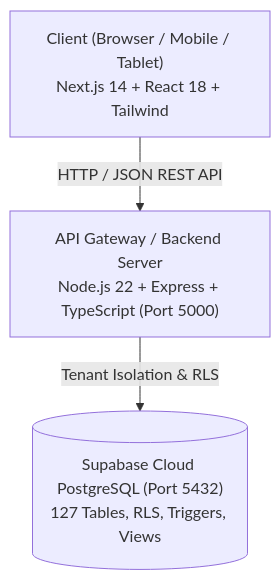
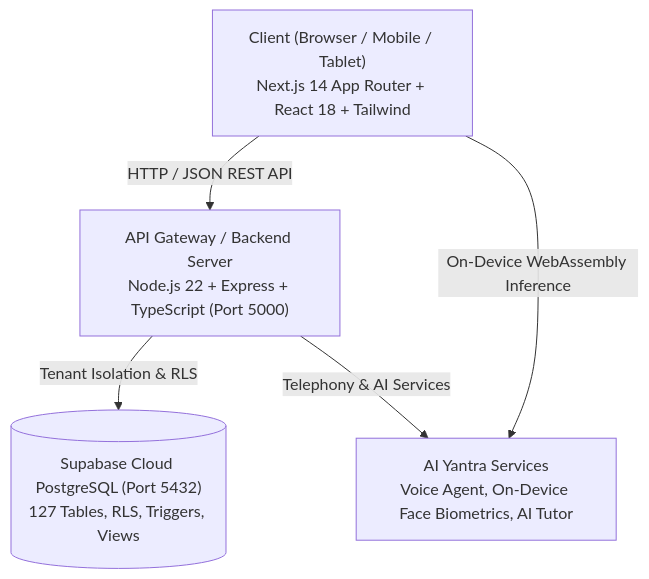
One commit to laxminivas06/vidforum changed the diagram in README.md. Above: the diagram before and after it, drawn with Mermaid. The commit also changed other lines of this file and 24 other files, not shown here.

First line of the commit message:
feat(voice-agent): bidirectional audio pipeline, pre-buffered telephony streaming, and ring-state dossier pre-warm

````diff
--- a/README.md
+++ b/README.md
@@ -15,9 +15,12 @@
 ```mermaid
 graph TD
-    Client["Client (Browser / Mobile / Tablet)<br/>Next.js 14 + React 18 + Tailwind"]
+    Client["Client (Browser / Mobile / Tablet)<br/>Next.js 14 App Router + React 18 + Tailwind"]
     API["API Gateway / Backend Server<br/>Node.js 22 + Express + TypeScript (Port 5000)"]
     DB[("Supabase Cloud PostgreSQL (Port 5432)<br/>127 Tables, RLS, Triggers, Views")]
+    AI["AI Yantra Services<br/>Voice Agent, On-Device Face Biometrics, AI Tutor"]
 
     Client -->|HTTP / JSON REST API| API
     API -->|Tenant Isolation & RLS| DB
+    Client -->|On-Device WebAssembly Inference| AI
+    API -->|Telephony & AI Services| AI
 ```
````
